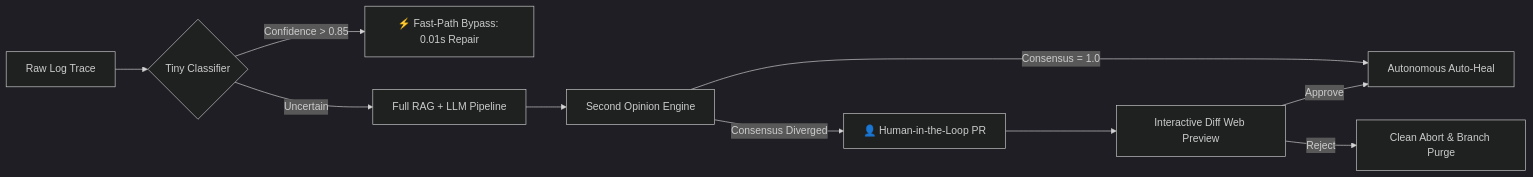
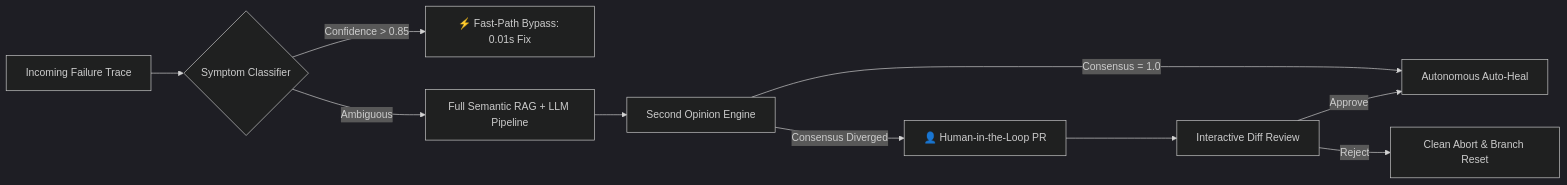
The second of 2 diagrams in README.md (andrijajovanovic98/inception-of-wisdom), drawn with Mermaid (dark theme) before and after one commit. The commit also changed other lines of this file and 3 other files, not shown here.

````diff
--- a/README.md
+++ b/README.md
@@ -176,12 +175,12 @@
 ```mermaid
 graph LR
-    A[Raw Log Trace] --> B{Tiny Classifier}
-    B -->|Confidence > 0.85| C[⚡ Fast-Path Bypass: 0.01s Repair]
-    B -->|Uncertain| D[Full RAG + LLM Pipeline]
+    A[Incoming Failure Trace] --> B{Symptom Classifier}
+    B -->|Confidence > 0.85| C[⚡ Fast-Path Bypass: 0.01s Fix]
+    B -->|Ambiguous| D[Full Semantic RAG + LLM Pipeline]
     D --> E[Second Opinion Engine]
     E -->|Consensus = 1.0| F[Autonomous Auto-Heal]
     E -->|Consensus Diverged| G[👤 Human-in-the-Loop PR]
-    G --> H[Interactive Diff Web Preview]
+    G --> H[Interactive Diff Review]
     H -->|Approve| F
-    H -->|Reject| I[Clean Abort & Branch Purge]
+    H -->|Reject| I[Clean Abort & Branch Reset]
 ```
````
